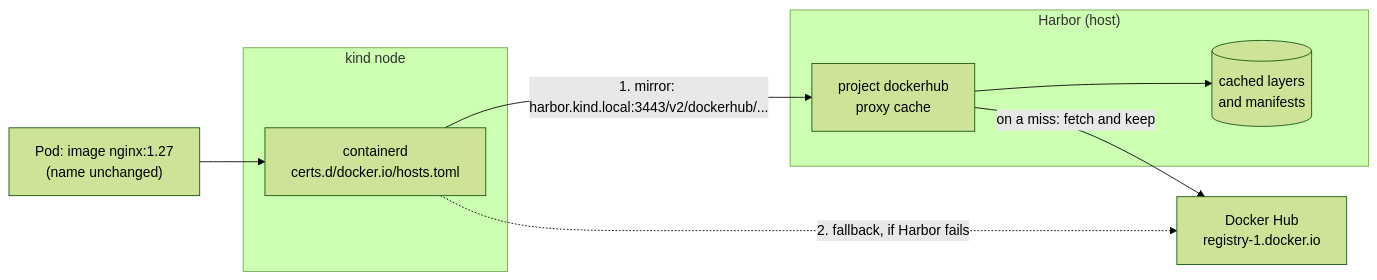
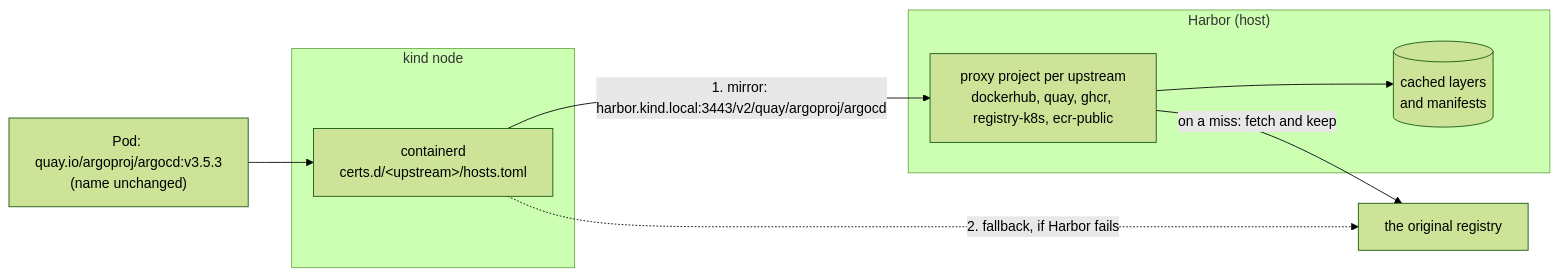
One commit to leopold2410/devcluster changed the diagram in update-setup-07.md. Above: the diagram before and after it, drawn with Mermaid (forest theme). The commit also changed other lines of this file, not shown here.

First line of the commit message:
update-setup-07: mirror all five registries, not only Docker Hub

````diff
--- a/update-setup-07.md
+++ b/update-setup-07.md
@@ -51,18 +85,18 @@
 ```mermaid
 flowchart LR
-    pod["Pod: image nginx:1.27<br/>(name unchanged)"]
+    pod["Pod: quay.io/argoproj/argocd:v3.5.3<br/>(name unchanged)"]
     subgraph node["kind node"]
-        cd["containerd<br/>certs.d/docker.io/hosts.toml"]
+        cd["containerd<br/>certs.d/&lt;upstream&gt;/hosts.toml"]
     end
     subgraph harbor["Harbor (host)"]
-        proj["project dockerhub<br/>proxy cache"]
+        proj["proxy project per upstream<br/>dockerhub, quay, ghcr, registry-k8s, ecr-public"]
         cache[("cached layers<br/>and manifests")]
     end
-    hub["Docker Hub<br/>registry-1.docker.io"]
+    up["the original registry"]
 
     pod --> cd
-    cd -->|"1. mirror: harbor.kind.local:3443/v2/dockerhub/..."| proj
+    cd -->|"1. mirror: harbor.kind.local:3443/v2/quay/argoproj/argocd"| proj
     proj --> cache
-    proj -->|"on a miss: fetch and keep"| hub
-    cd -.->|"2. fallback, if Harbor fails"| hub
+    proj -->|"on a miss: fetch and keep"| up
+    cd -.->|"2. fallback, if Harbor fails"| up
 ```
````
